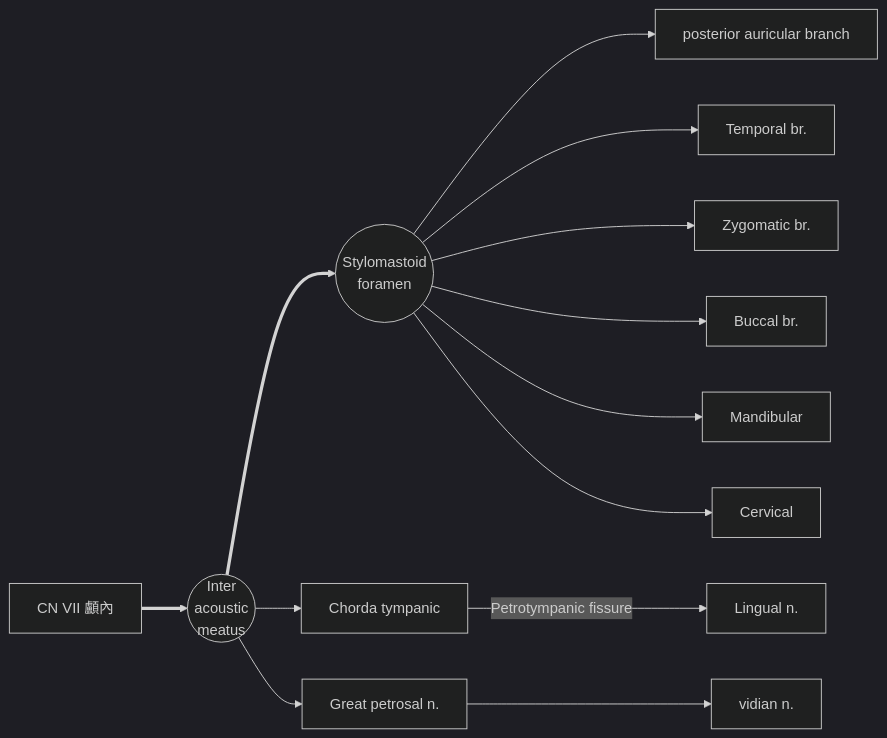
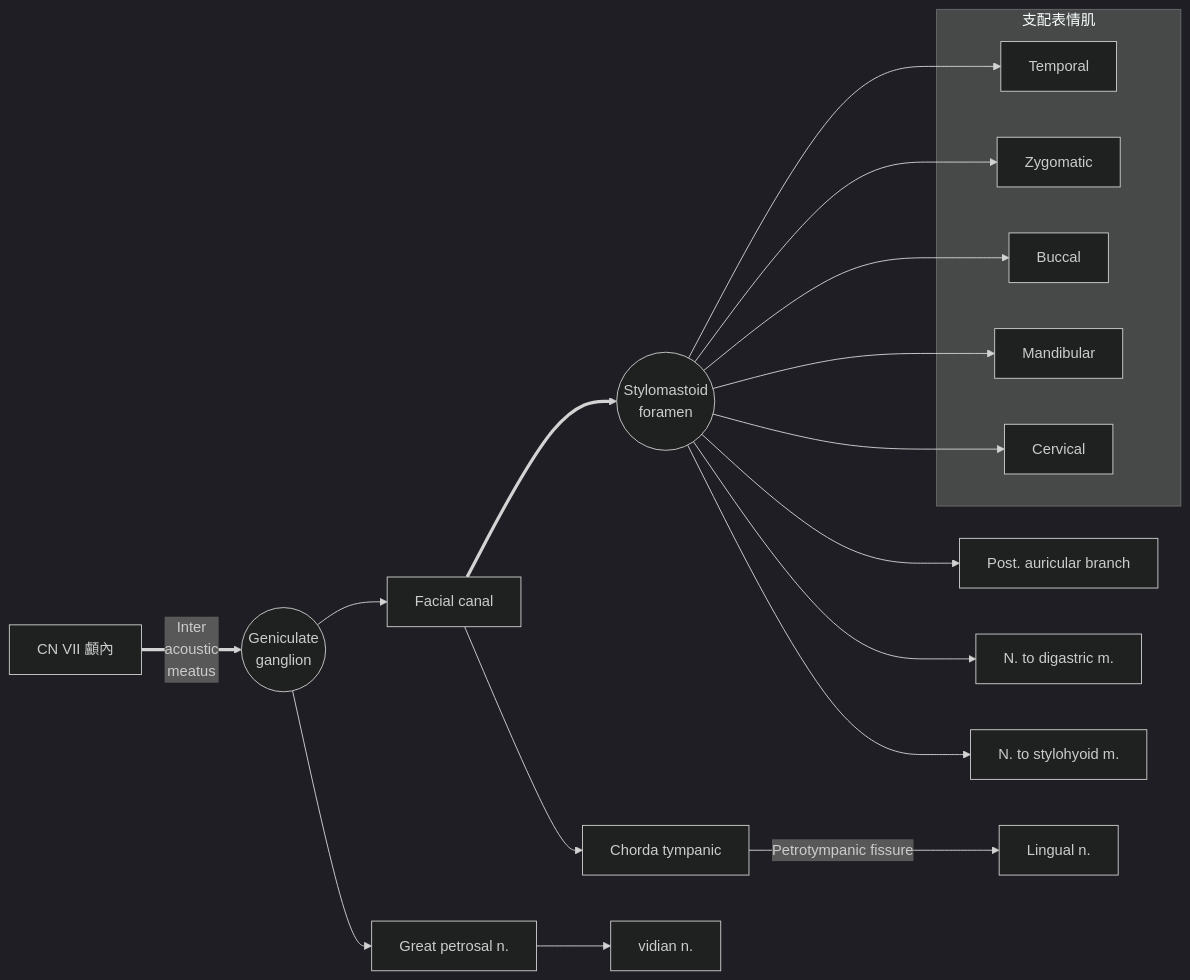
Before and after one commit to hsiu-chan/notebook: the tenth of 20 diagrams in notes/口解.md, drawn with Mermaid (dark theme). The commit also changed other lines of this file and 6 other files, not shown here.

````diff
--- a/notes/口解.md
+++ b/notes/口解.md
@@ -471,20 +479,31 @@
 ```mermaid
 flowchart LR
 0[CN VII 顱內]
-1((Inter<br>acoustic<br>meatus))
+1((Geniculate<br>ganglion))
 c((Stylomastoid<br>foramen))
-pab[posterior auricular branch]
+pab[Post. auricular branch]
+nd[N. to digastric m.]
+ns[N. to stylohyoid m.]
 
-0==>1
+subgraph ff[支配表情肌]
+d[Temporal]
+e[Zygomatic]
+f[Buccal]
+g[Mandibular]
+cc[Cervical]
+end
+
+0==>|Inter<br>acoustic<br>meatus|1
 c-->pab
-1==>c
-1-->ct[Chorda tympanic]--Petrotympanic fissure-->l[Lingual n.]
+fc==>c
+fc-->ct[Chorda tympanic]--Petrotympanic fissure-->l[Lingual n.]
 1-->gp[Great petrosal n.]-->v[vidian n.]
-c-->d[Temporal br.]
-c-->e[Zygomatic br.]
-c-->f[Buccal br.]
-c-->g[Mandibular]
-c-->cc[Cervical]
+c-->d
+c-->e
+c-->f
+c-->g
+c-->cc & nd & ns
+1-->fc[Facial canal]
 click l "#posterior-division"
 click c "#temporal-bone"
 ```
````
